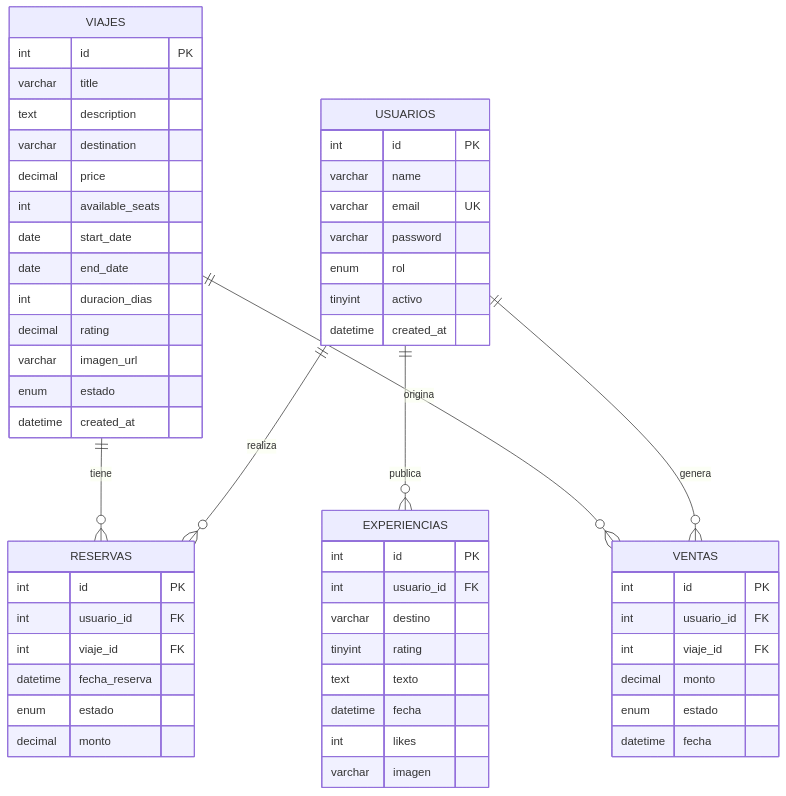
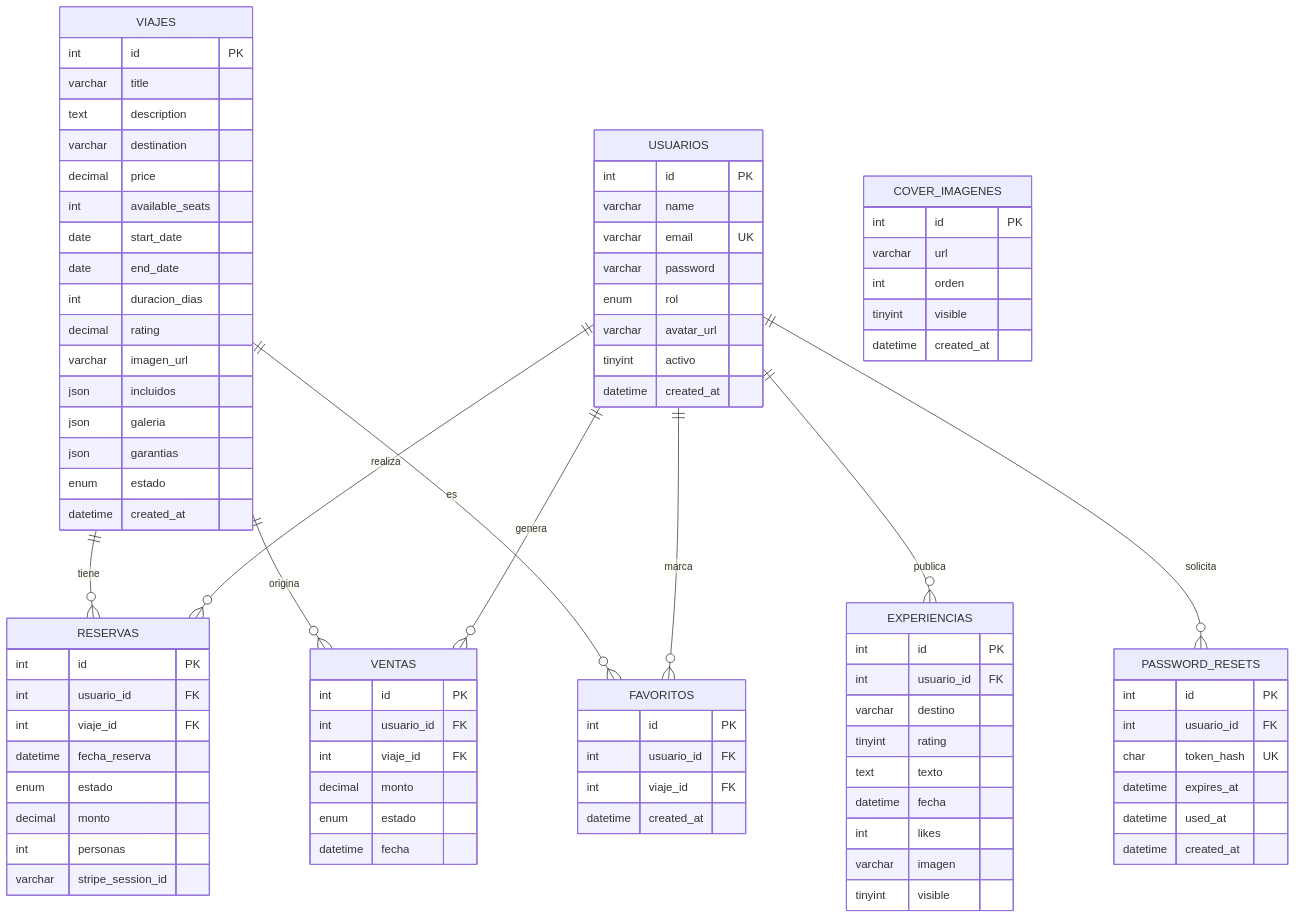
The first of 14 diagrams in DIAGRAMAS.md (JorggeHM/TuViaje), drawn with Mermaid before and after one commit. The commit also changed other lines of this file and 15 other files, not shown here.

````diff
--- a/DIAGRAMAS.md
+++ b/DIAGRAMAS.md
@@ -29,12 +36,13 @@
         varchar     email       UK
         varchar     password
         enum        rol
+        varchar     avatar_url
         tinyint     activo
         datetime    created_at
     }
 
     VIAJES {
-        int         id          PK
+        int         id              PK
         varchar     title
         text        description
         varchar     destination
@@ -45,17 +53,22 @@
         int         duracion_dias
         decimal     rating
         varchar     imagen_url
+        json        incluidos
+        json        galeria
+        json        garantias
         enum        estado
         datetime    created_at
     }
 
     RESERVAS {
-        int         id          PK
-        int         usuario_id  FK
-        int         viaje_id    FK
+        int         id                 PK
+        int         usuario_id         FK
+        int         viaje_id           FK
         datetime    fecha_reserva
         enum        estado
         decimal     monto
+        int         personas
+        varchar     stripe_session_id
     }
 
     VENTAS {
@@ -76,11 +89,39 @@
         datetime    fecha
         int         likes
         varchar     imagen
+        tinyint     visible
     }
 
-    USUARIOS ||--o{ RESERVAS       : "realiza"
-    USUARIOS ||--o{ VENTAS         : "genera"
-    USUARIOS ||--o{ EXPERIENCIAS   : "publica"
-    VIAJES   ||--o{ RESERVAS       : "tiene"
-    VIAJES   ||--o{ VENTAS         : "origina"
+    FAVORITOS {
+        int         id          PK
+        int         usuario_id  FK
+        int         viaje_id    FK
+        datetime    created_at
+    }
+
+    PASSWORD_RESETS {
+        int         id          PK
+        int         usuario_id  FK
+        char        token_hash  UK
+        datetime    expires_at
+        datetime    used_at
+        datetime    created_at
+    }
+
+    COVER_IMAGENES {
+        int         id          PK
+        varchar     url
+        int         orden
+        tinyint     visible
+        datetime    created_at
+    }
+
+    USUARIOS ||--o{ RESERVAS         : "realiza"
+    USUARIOS ||--o{ VENTAS           : "genera"
+    USUARIOS ||--o{ EXPERIENCIAS     : "publica"
+    USUARIOS ||--o{ FAVORITOS        : "marca"
+    USUARIOS ||--o{ PASSWORD_RESETS  : "solicita"
+    VIAJES   ||--o{ RESERVAS         : "tiene"
+    VIAJES   ||--o{ VENTAS           : "origina"
+    VIAJES   ||--o{ FAVORITOS        : "es"
 ```
````
